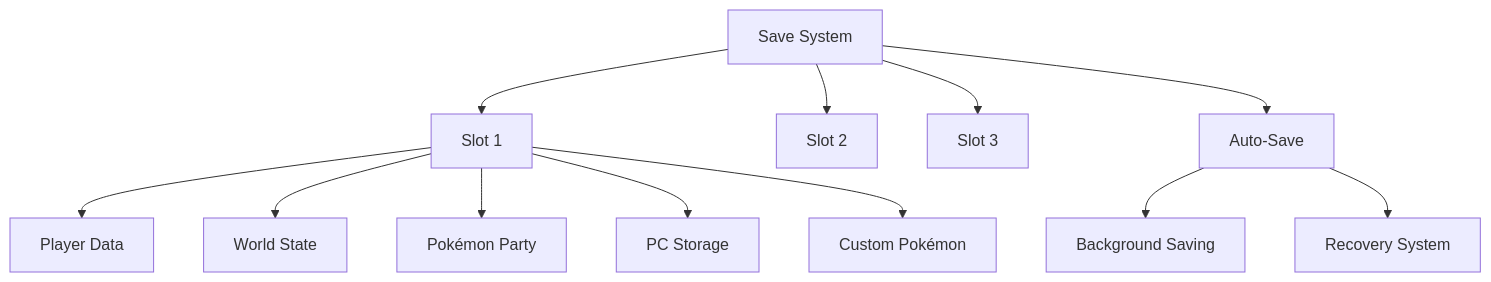
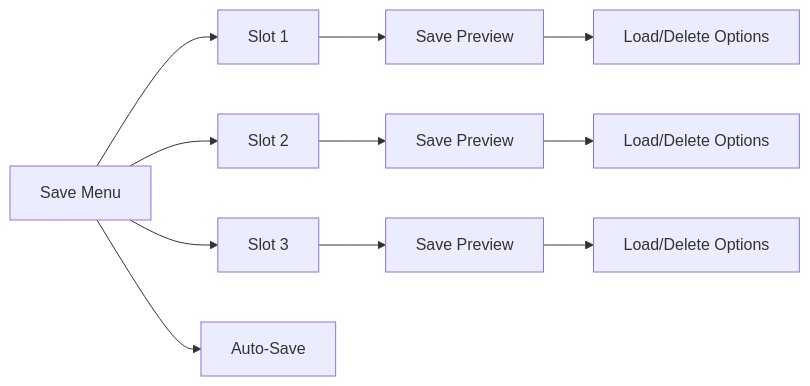
The fifth of 26 diagrams in .qoder/quests/pokemon-gameboy-complete.md (vonksvenom/testepokqoder), drawn with Mermaid before and after one commit. The commit also changed other lines of this file, not shown here.

````diff
--- a/.qoder/quests/pokemon-gameboy-complete.md
+++ b/.qoder/quests/pokemon-gameboy-complete.md
@@ -154,16 +202,15 @@
 ```mermaid
-graph TB
-    A[Save System] --> B[Slot 1]
+flowchart LR
+    A[Save Menu] --> B[Slot 1]
     A --> C[Slot 2]
     A --> D[Slot 3]
     A --> E[Auto-Save]
     
-    B --> F[Player Data]
-    B --> G[World State]
-    B --> H[Pokémon Party]
-    B --> I[PC Storage]
-    B --> J[Custom Pokémon]
+    B --> F[Save Preview]
+    C --> G[Save Preview]
+    D --> H[Save Preview]
     
-    E --> K[Background Saving]
-    E --> L[Recovery System]
+    F --> I[Load/Delete Options]
+    G --> J[Load/Delete Options]
+    H --> K[Load/Delete Options]
 ```
````
